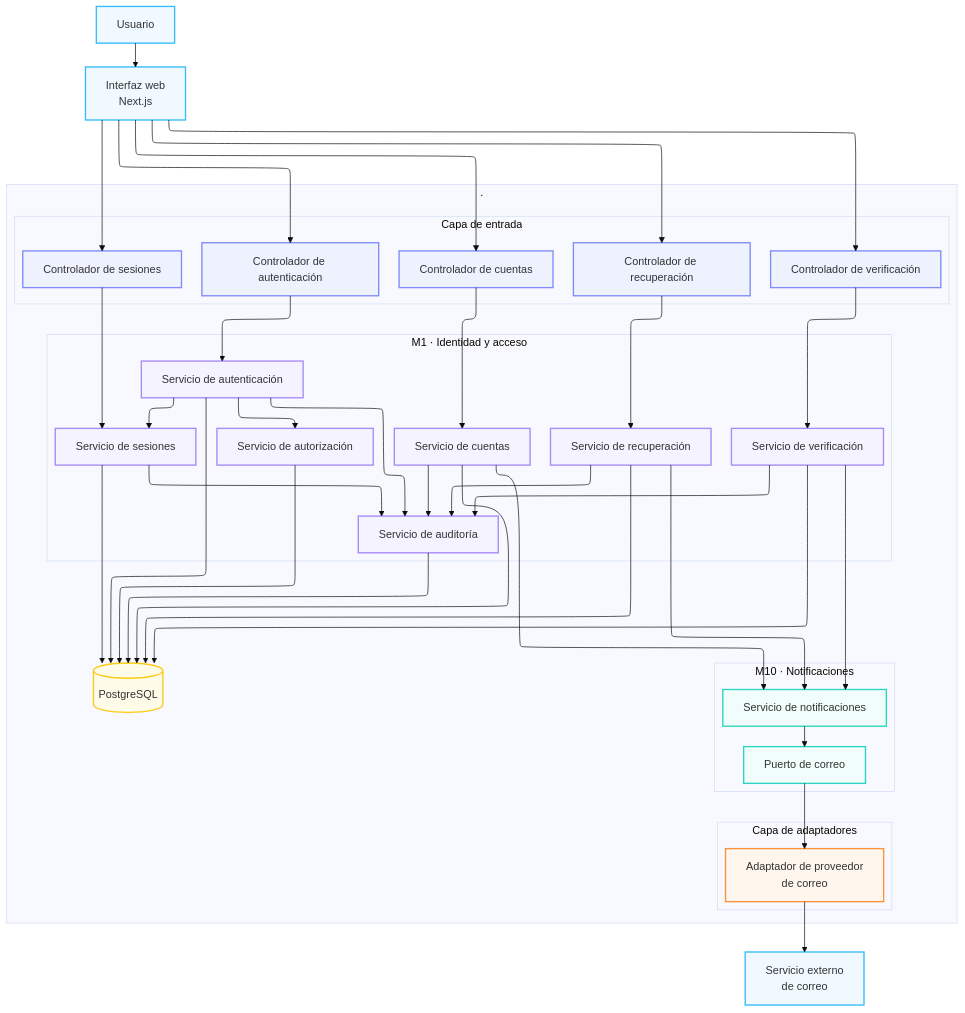
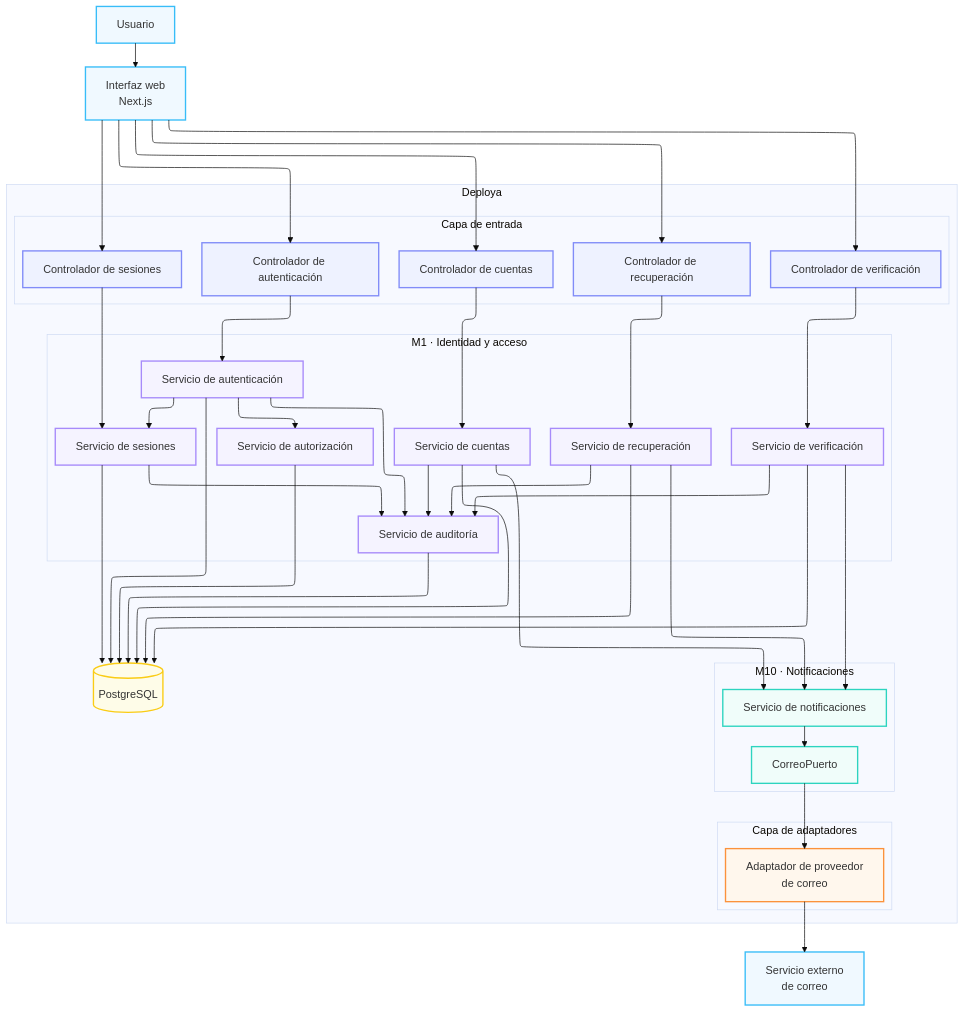
Before and after one commit to derekCmorales/deploya: the seventh of 28 diagrams in docs/arquitectura-maestro.md, drawn with Mermaid (base theme). The commit also changed other lines of this file and 39 other files, not shown here.

````diff
--- a/docs/arquitectura-maestro.md
+++ b/docs/arquitectura-maestro.md
@@ -485,7 +492,7 @@
 flowchart TB
     USER["Usuario"] --> UI["Interfaz web<br/>Next.js"]
 
-    subgraph DEPLOYA["."]
+    subgraph DEPLOYA["Deploya"]
         direction TB
 
         subgraph API["Capa de entrada"]
@@ -511,7 +518,7 @@
         subgraph M10["M10 · Notificaciones"]
             direction TB
             NOTIFICATION["Servicio de notificaciones"]
-            EMAIL_PORT["Puerto de correo"]
+            CORREO_PUERTO["CorreoPuerto"]
         end
 
         subgraph ADAPTERS["Capa de adaptadores"]
@@ -557,8 +564,8 @@
     VERIFY --> NOTIFICATION
     RECOVERY --> NOTIFICATION
 
-    NOTIFICATION --> EMAIL_PORT
-    EMAIL_PORT --> EMAIL_ADAPTER
+    NOTIFICATION --> CORREO_PUERTO
+    CORREO_PUERTO --> EMAIL_ADAPTER
     EMAIL_ADAPTER --> EMAIL
 
     classDef external fill:#f0f9ff,stroke:#38bdf8,stroke-width:2px;
@@ -571,7 +578,7 @@
     class USER,UI,EMAIL external;
     class ACCOUNT_CTRL,AUTH_CTRL,SESSION_CTRL,RECOVERY_CTRL,VERIFY_CTRL entry;
     class ACCOUNT,AUTH,SESSION,AUTHZ,RECOVERY,VERIFY,AUDIT identity;
-    class NOTIFICATION,EMAIL_PORT notification;
+    class NOTIFICATION,CORREO_PUERTO notification;
     class EMAIL_ADAPTER adapter;
     class DB data;
 ```
````
